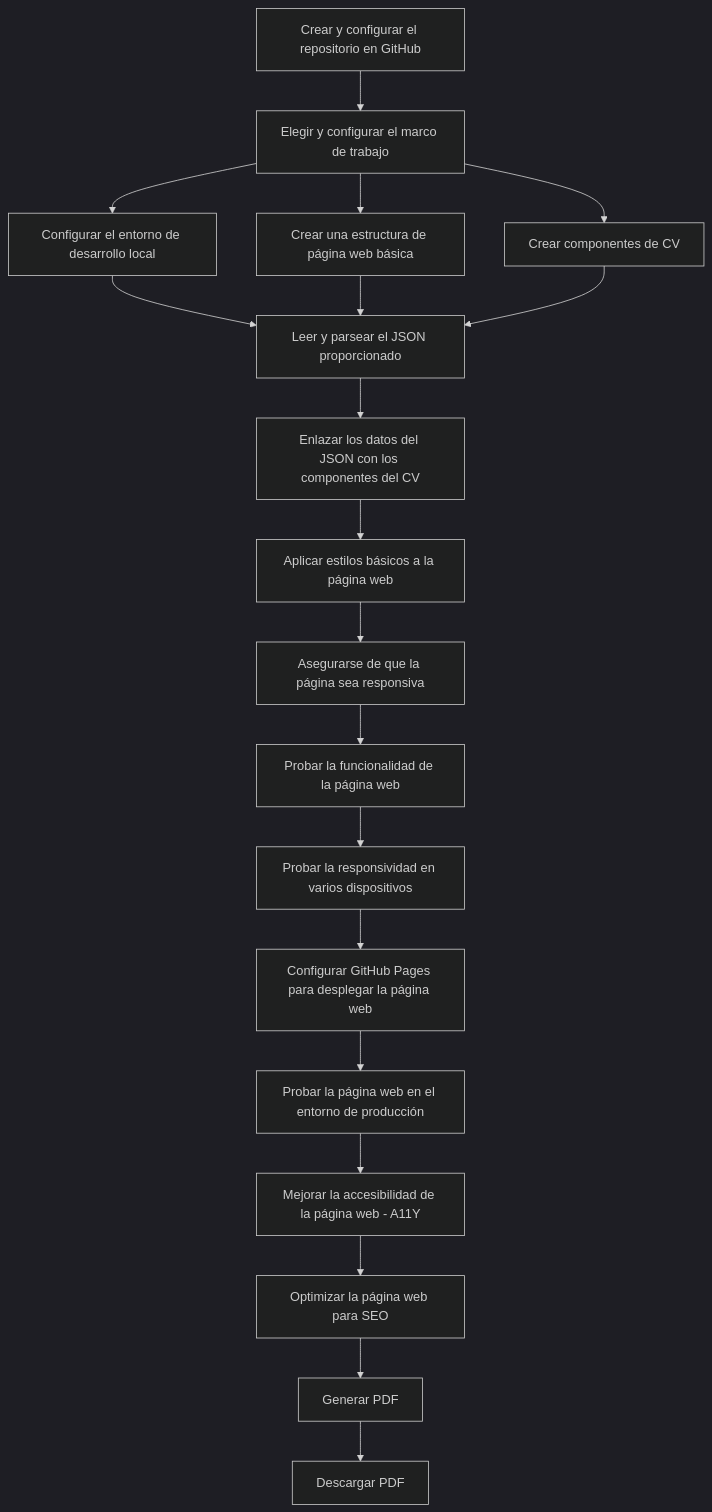
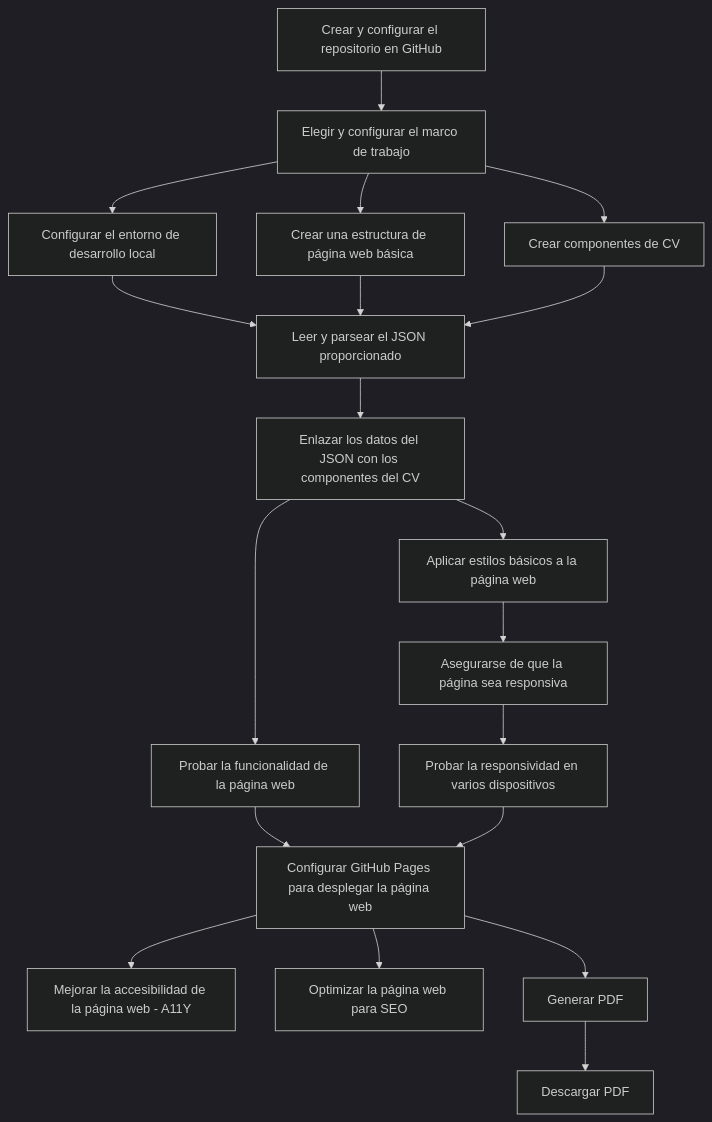
The second of 2 diagrams in backlog.md (elMestreAcademy/awesomic_sivi), drawn with Mermaid (dark theme) before and after one commit. The commit also changed other lines of this file, not shown here.

````diff
--- a/backlog.md
+++ b/backlog.md
@@ -105,39 +106,39 @@
 ```mermaid
 graph TB
     A[Crear y configurar el repositorio en GitHub]
     B[Elegir y configurar el marco de trabajo]
     C[Configurar el entorno de desarrollo local]
     D[Crear una estructura de página web básica]
     E[Crear componentes de CV]
     F[Leer y parsear el JSON proporcionado]
     G[Enlazar los datos del JSON con los componentes del CV]
     H[Aplicar estilos básicos a la página web]
     I[Asegurarse de que la página sea responsiva]
     J[Probar la funcionalidad de la página web]
     K[Probar la responsividad en varios dispositivos]
     L[Configurar GitHub Pages para desplegar la página web]
-    M[Probar la página web en el entorno de producción]
+
     N[Mejorar la accesibilidad de la página web - A11Y]
     O[Optimizar la página web para SEO]
     P[Generar PDF]
     Q[Descargar PDF]
     A-->B
     B-->C
     B-->D
     B-->E
     C-->F
     D-->F
     E-->F
     F-->G
     G-->H
+    G-->J
     H-->I
-    I-->J
-    J-->K
+    I-->K
+    J-->L
     K-->L
-    L-->M
-    M-->N
-    N-->O
-    O-->P
+    L-->N
+    L-->O
+    L-->P
     P-->Q
 
 ```
````
